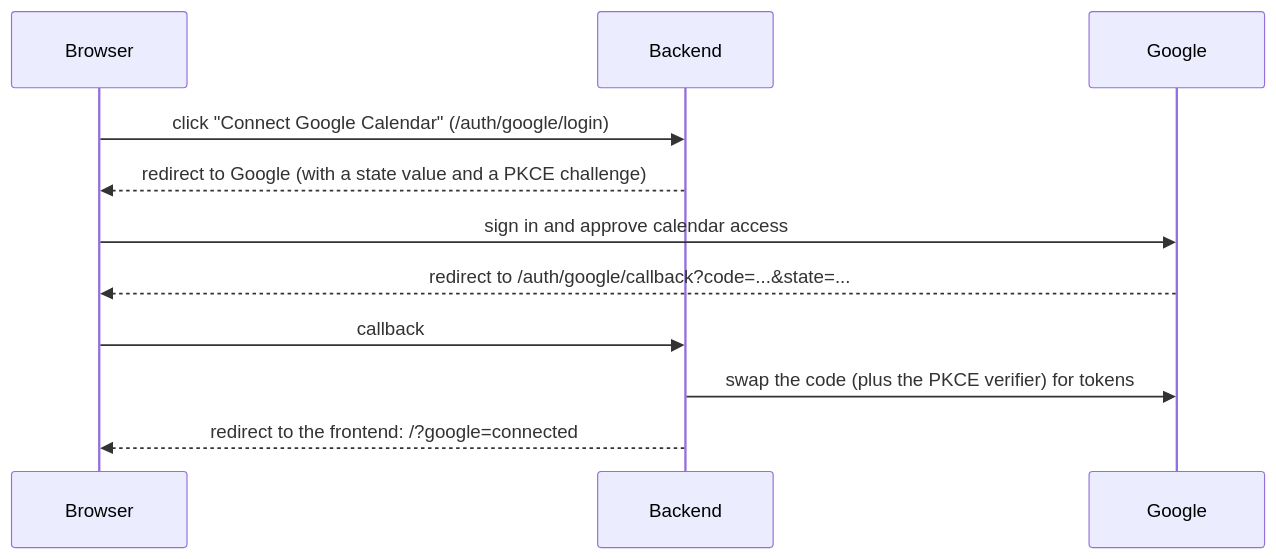
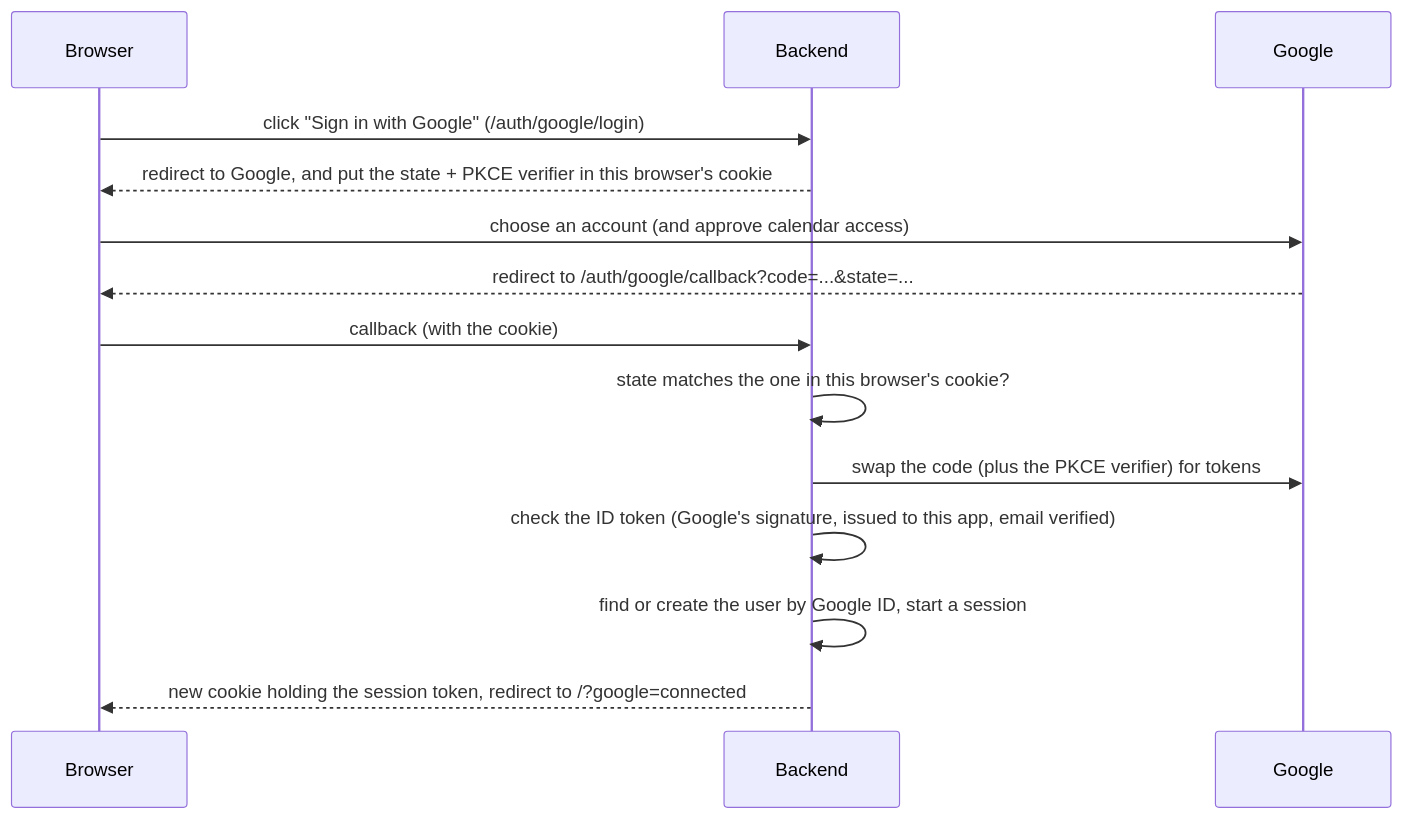
The seventh of 7 diagrams in ARCHITECTURE.md (liam-shah/Syllabus2Cal), drawn with Mermaid before and after one commit. The commit also changed other lines of this file and 39 other files, not shown here.

Commit message:
Add Google sign-in accounts with database-backed sessions

````diff
--- a/ARCHITECTURE.md
+++ b/ARCHITECTURE.md
@@ -299,13 +399,16 @@
 ```mermaid
 sequenceDiagram
     participant U as Browser
     participant B as Backend
     participant G as Google
-    U->>B: click "Connect Google Calendar" (/auth/google/login)
-    B-->>U: redirect to Google (with a state value and a PKCE challenge)
-    U->>G: sign in and approve calendar access
+    U->>B: click "Sign in with Google" (/auth/google/login)
+    B-->>U: redirect to Google, and put the state + PKCE verifier in this browser's cookie
+    U->>G: choose an account (and approve calendar access)
     G-->>U: redirect to /auth/google/callback?code=...&state=...
-    U->>B: callback
+    U->>B: callback (with the cookie)
+    B->>B: state matches the one in this browser's cookie?
     B->>G: swap the code (plus the PKCE verifier) for tokens
-    B-->>U: redirect to the frontend: /?google=connected
+    B->>B: check the ID token (Google's signature, issued to this app, email verified)
+    B->>B: find or create the user by Google ID, start a session
+    B-->>U: new cookie holding the session token, redirect to /?google=connected
 ```
````
